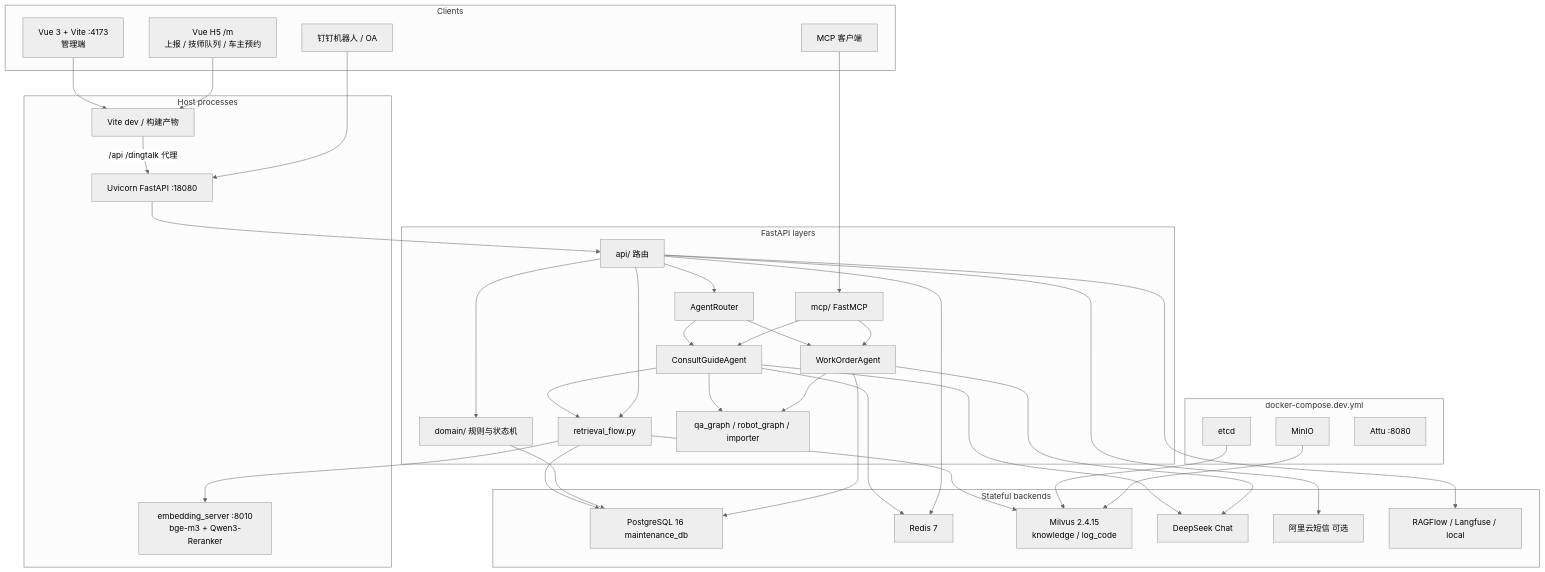
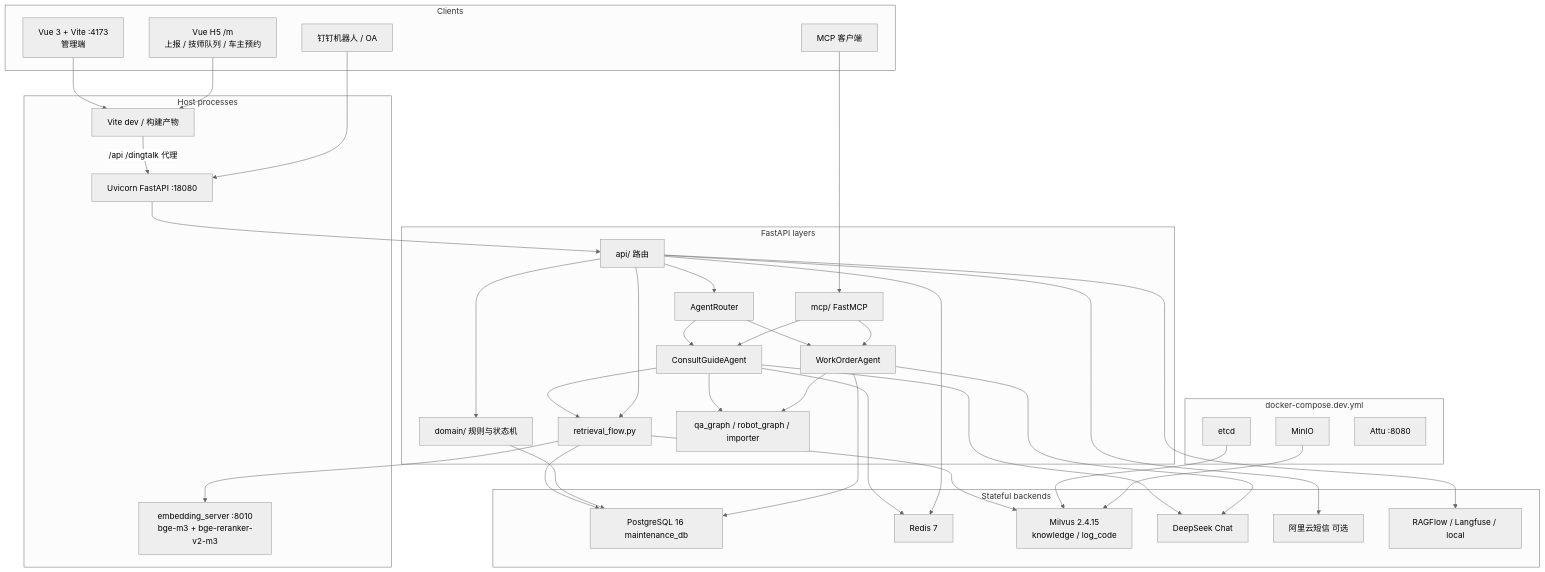
The first of 10 diagrams in docs/ARCHITECTURE.md (SHUN-EI/Car-Repair-System), drawn with Mermaid (neutral theme) before and after one commit. The commit also changed other lines of this file and 44 other files, not shown here.

````diff
--- a/docs/ARCHITECTURE.md
+++ b/docs/ARCHITECTURE.md
@@ -42,74 +42,74 @@
 ```mermaid
 flowchart TB
     subgraph client [Clients]
         VuePC["Vue 3 + Vite :4173<br/>管理端"]
         VueM["Vue H5 /m<br/>上报 / 技师队列 / 车主预约"]
         DingTalk["钉钉机器人 / OA"]
         McpClient["MCP 客户端"]
     end
 
     subgraph host [Host processes]
         Vite["Vite dev / 构建产物"]
         Uvicorn["Uvicorn FastAPI :18080"]
-        Emb["embedding_server :8010<br/>bge-m3 + Qwen3-Reranker"]
+        Emb["embedding_server :8010<br/>bge-m3 + bge-reranker-v2-m3"]
     end
 
     subgraph fastapi [FastAPI layers]
         API["api/ 路由"]
         Domain["domain/ 规则与状态机"]
         Router["AgentRouter"]
         Consult["ConsultGuideAgent"]
         WOA["WorkOrderAgent"]
         Flow["retrieval_flow.py"]
         Graphs["qa_graph / robot_graph / importer"]
         MCP["mcp/ FastMCP"]
     end
 
     subgraph stores [Stateful backends]
         PG["PostgreSQL 16 maintenance_db"]
         Redis["Redis 7"]
         Milvus["Milvus 2.4.15<br/>knowledge / log_code"]
         DeepSeek["DeepSeek Chat"]
         SMS["阿里云短信 可选"]
         Trace["RAGFlow / Langfuse / local"]
     end
 
     subgraph compose [docker-compose.dev.yml]
         PG
         Redis
         Etcd["etcd"]
         Minio["MinIO"]
         Milvus
         Attu["Attu :8080"]
     end
 
     VuePC --> Vite
     VueM --> Vite
     Vite -->|"/api /dingtalk 代理"| Uvicorn
     DingTalk --> Uvicorn
     McpClient --> MCP
     Uvicorn --> API
     API --> Domain
     API --> Router
     Router --> Consult
     Router --> WOA
     Consult --> Graphs
     Consult --> Flow
     WOA --> Graphs
     API --> Flow
     MCP --> Consult
     MCP --> WOA
     Flow --> Emb
     Flow --> Milvus
     Flow --> PG
     Domain --> PG
     Consult --> Redis
     Consult --> DeepSeek
     WOA --> PG
     WOA --> DeepSeek
     API --> Redis
     API --> SMS
     API --> Trace
     Etcd --> Milvus
     Minio --> Milvus
 ```
````
